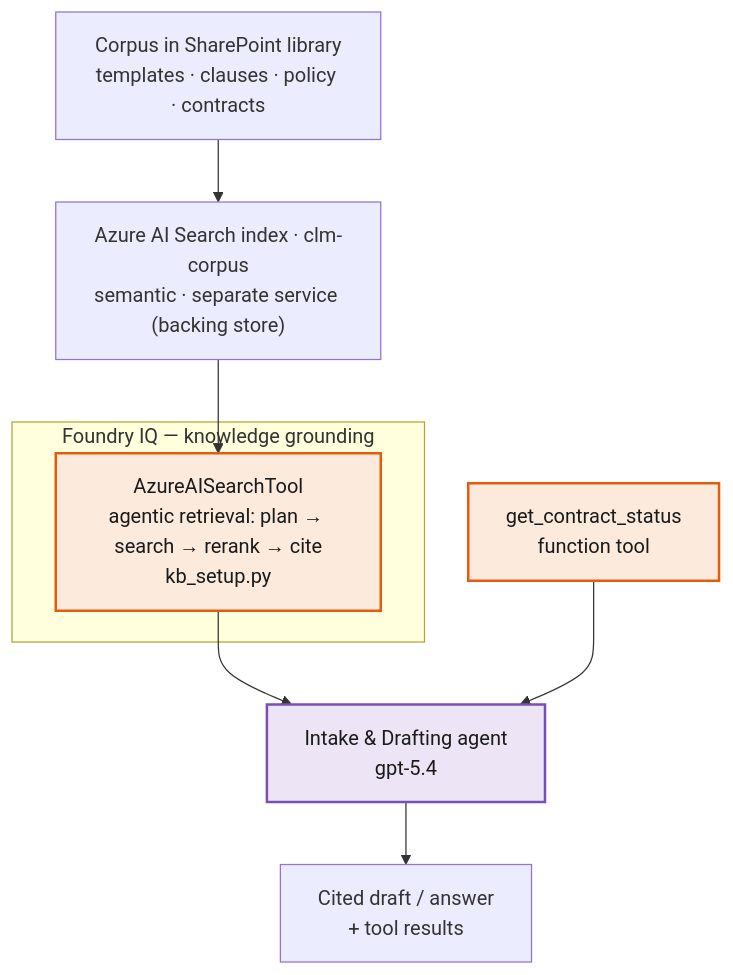
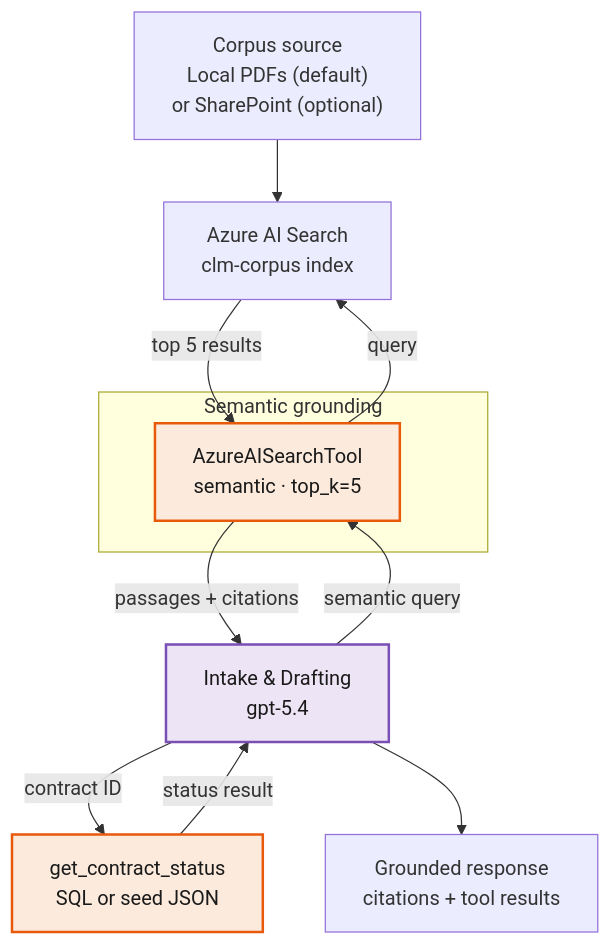
The diagram in 03-Azure/01-04-AI/04_Agentic_Contract_Lifecycle_Management/challenges/challenge-02.md (microsoft/MicroHack), drawn with Mermaid before and after one commit. The commit also changed other lines of this file and 8 other files, not shown here.

````diff
--- a/03-Azure/01-04-AI/04_Agentic_Contract_Lifecycle_Management/challenges/challenge-02.md
+++ b/03-Azure/01-04-AI/04_Agentic_Contract_Lifecycle_Management/challenges/challenge-02.md
@@ -61,14 +71,17 @@
 ```mermaid
 flowchart TB
-  A["Corpus in SharePoint library<br/>templates · clauses · policy · contracts"] --> B["Azure AI Search index · clm-corpus<br/>semantic · separate service (backing store)"]
-  B --> D
-  subgraph IQ["Foundry IQ — knowledge grounding"]
-    D["AzureAISearchTool<br/>agentic retrieval: plan → search → rerank → cite<br/>kb_setup.py"]
+  A["Corpus source<br/>Local PDFs (default)<br/>or SharePoint (optional)"] --> B["Azure AI Search<br/>clm-corpus index"]
+  subgraph Search["Semantic grounding"]
+    D["AzureAISearchTool<br/>semantic · top_k=5"]
   end
-  D --> E["Intake &amp; Drafting agent<br/>gpt-5.4"]
-  F["get_contract_status<br/>function tool"] --> E
-  E --> G["Cited draft / answer<br/>+ tool results"]
+  E["Intake &amp; Drafting<br/>gpt-5.4"] -->|semantic query| D
+  D -->|query| B
+  B -->|top 5 results| D
+  D -->|passages + citations| E
+  E -->|contract ID| F["get_contract_status<br/>SQL or seed JSON"]
+  F -->|status result| E
+  E --> G["Grounded response<br/>citations + tool results"]
   style D fill:#FCEBDD,stroke:#E8590C,stroke-width:2px,color:#1A1A1A
   style E fill:#EDE4F5,stroke:#7A4FB5,stroke-width:2px,color:#1A1A1A
   style F fill:#FCEBDD,stroke:#E8590C,stroke-width:2px,color:#1A1A1A
 ```
````
